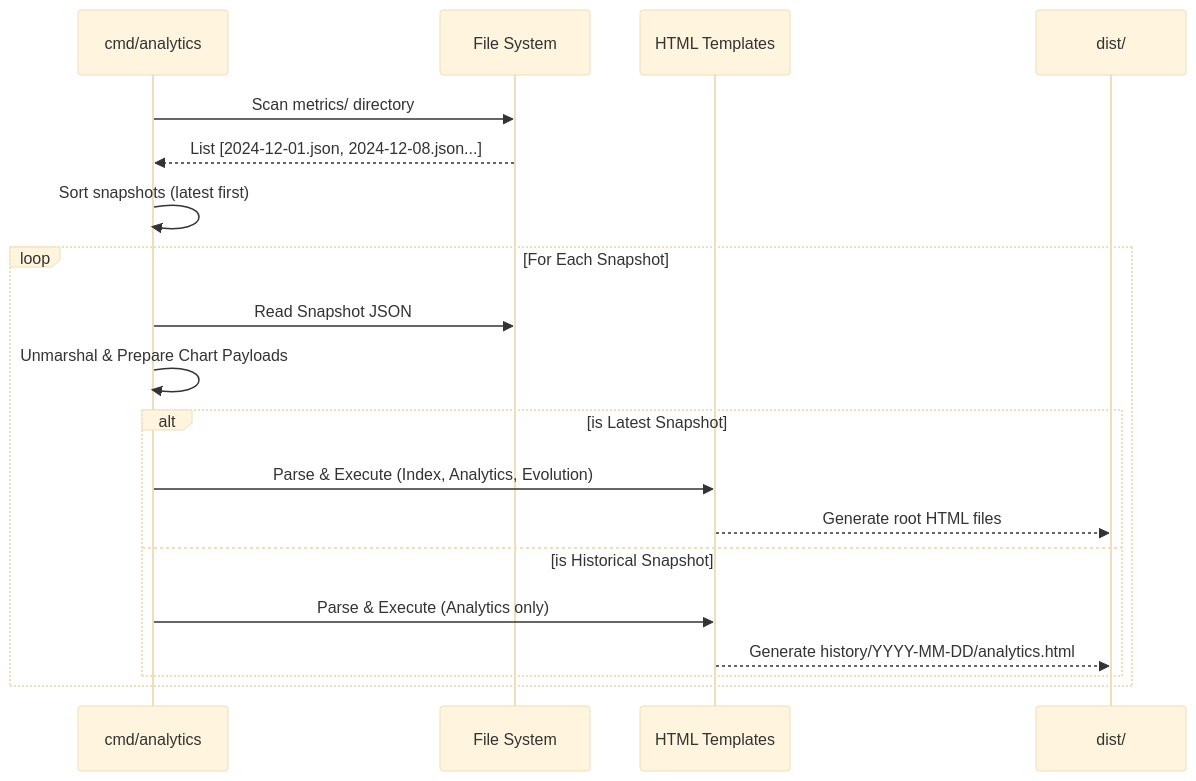
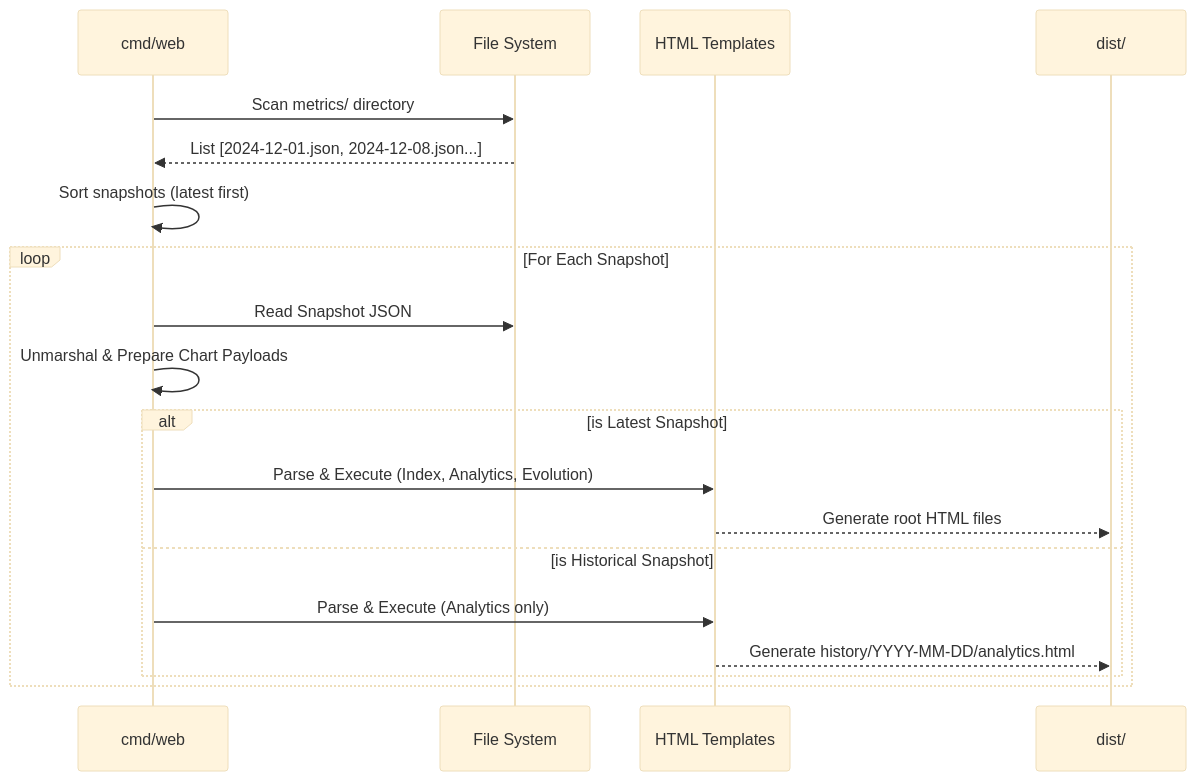
One commit to victoriacheng15/personal-reading-analytics changed the second of 2 diagrams in docs/architecture/analytics.md. Above: the diagram before and after it, drawn with Mermaid (base theme). The commit also changed other lines of this file and 31 other files, not shown here.

Commit message:
refactor(web): rename analytics folders to web for architectural clarity (#294)

````diff
--- a/docs/architecture/analytics.md
+++ b/docs/architecture/analytics.md
@@ -68,24 +68,24 @@
 ```mermaid
 sequenceDiagram
-    participant Main as cmd/analytics
+    participant Main as cmd/web
     participant FS as File System
     participant Tmpl as HTML Templates
     participant Output as dist/
 
     Main->>FS: Scan metrics/ directory
     FS-->>Main: List [2024-12-01.json, 2024-12-08.json...]
     Main->>Main: Sort snapshots (latest first)
     
     loop For Each Snapshot
         Main->>FS: Read Snapshot JSON
         Main->>Main: Unmarshal & Prepare Chart Payloads
         
         alt is Latest Snapshot
             Main->>Tmpl: Parse & Execute (Index, Analytics, Evolution)
             Tmpl-->>Output: Generate root HTML files
         else is Historical Snapshot
             Main->>Tmpl: Parse & Execute (Analytics only)
             Tmpl-->>Output: Generate history/YYYY-MM-DD/analytics.html
         end
     end
 ```
````
